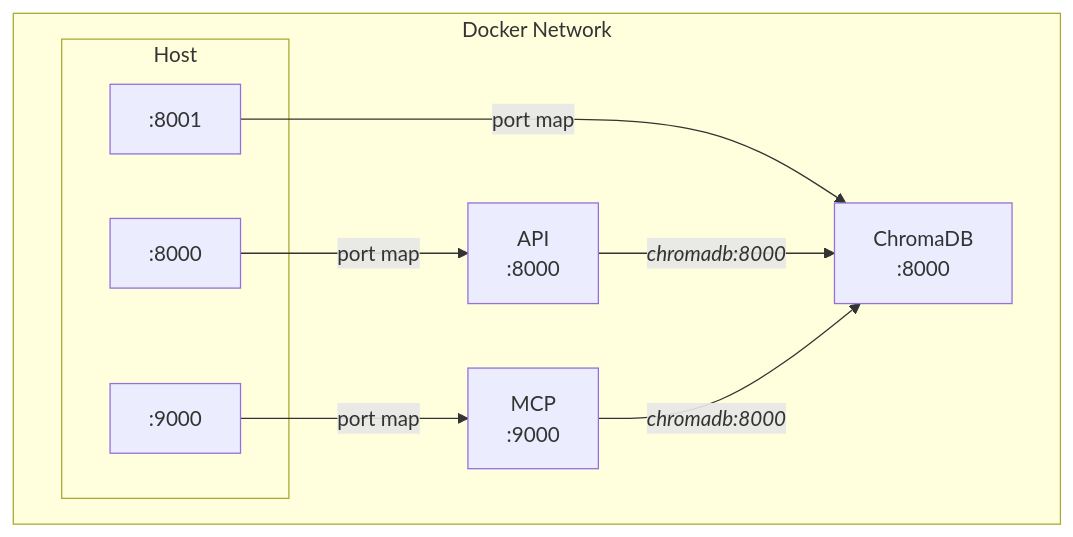
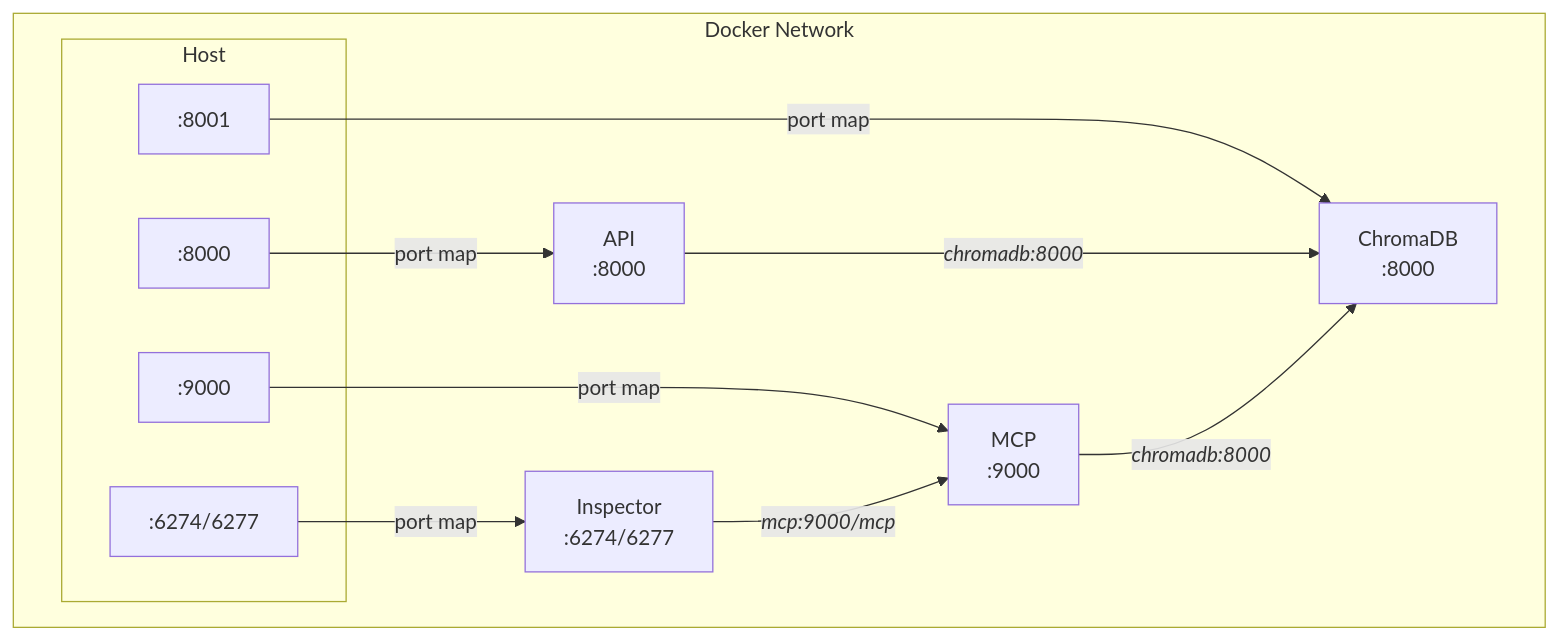
One commit to Gzmomo001/reasoning-bank-sdk changed the second of 2 diagrams in README.md. Above: the diagram before and after it, drawn with Mermaid. The commit also changed other lines of this file and 8 other files, not shown here.

First line of the commit message:
Add MCP Inspector and migrate SSE to Streamable HTTP

````diff
--- a/README.md
+++ b/README.md
@@ -492,20 +511,24 @@
 ```mermaid
 flowchart LR
     subgraph Docker["Docker Network"]
         direction LR
         subgraph Host["Host"]
             H1[":8001"]
             H2[":8000"]
             H3[":9000"]
+            H4[":6274/6277"]
         end
         CB["ChromaDB<br/>:8000"]
         API["API<br/>:8000"]
         MCP["MCP<br/>:9000"]
+        INS["Inspector<br/>:6274/6277"]
     end
 
     H1 -- "port map" --> CB
     H2 -- "port map" --> API
     H3 -- "port map" --> MCP
+    H4 -- "port map" --> INS
     API -->|"<i>chromadb:8000</i>"| CB
     MCP -->|"<i>chromadb:8000</i>"| CB
+    INS -->|"<i>mcp:9000/mcp</i>"| MCP
 ```
````
